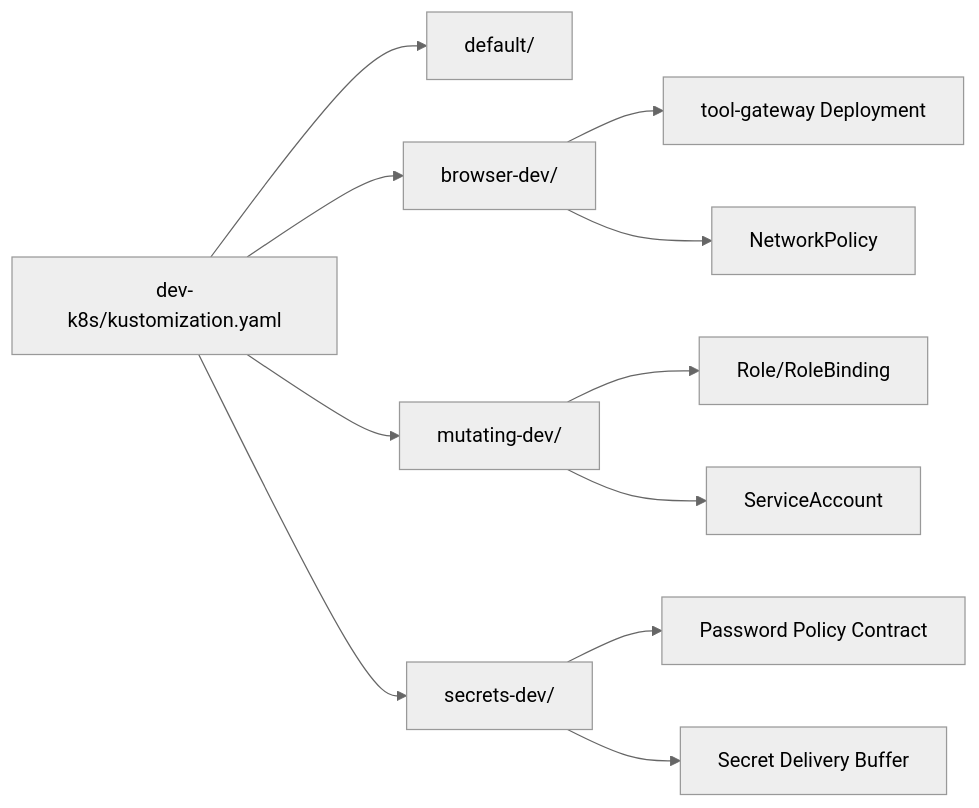
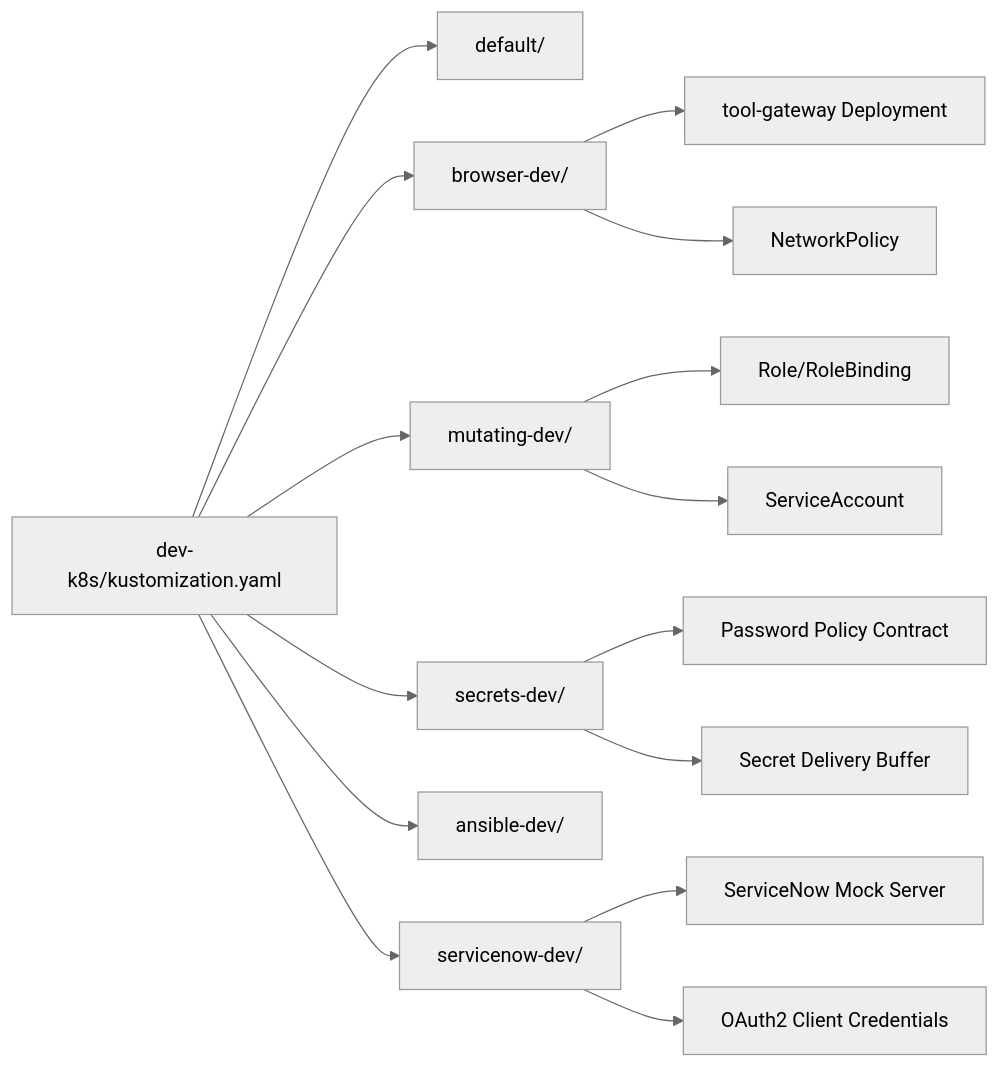
Before and after one commit to metasync/luban-aiops: the eighth of 8 diagrams in .qoder/repowiki/en/content/Deployment and Operations/Kubernetes Deployment/Runtime Profiles.md, drawn with Mermaid (neutral theme). The commit also changed other lines of this file and 24 other files, not shown here.

````diff
--- a/.qoder/repowiki/en/content/Deployment and Operations/Kubernetes Deployment/Runtime Profiles.md
+++ b/.qoder/repowiki/en/content/Deployment and Operations/Kubernetes Deployment/Runtime Profiles.md
@@ -368,24 +459,32 @@
 ```mermaid
 graph LR
 DevK8s["dev-k8s/kustomization.yaml"]
 Def["default/"]
 Br["browser-dev/"]
 Mut["mutating-dev/"]
 Sec["secrets-dev/"]
+Ans["ansible-dev/"]
+Sn["servicenow-dev/"]
 TG["tool-gateway Deployment"]
 NP["NetworkPolicy"]
 RB["Role/RoleBinding"]
 SA["ServiceAccount"]
 PP["Password Policy Contract"]
 DB["Secret Delivery Buffer"]
+Mock["ServiceNow Mock Server"]
+OAuth["OAuth2 Client Credentials"]
 DevK8s --> Def
 DevK8s --> Br
 DevK8s --> Mut
 DevK8s --> Sec
+DevK8s --> Ans
+DevK8s --> Sn
 Br --> TG
 Br --> NP
 Mut --> RB
 Mut --> SA
 Sec --> PP
 Sec --> DB
+Sn --> Mock
+Sn --> OAuth
 ```
````
